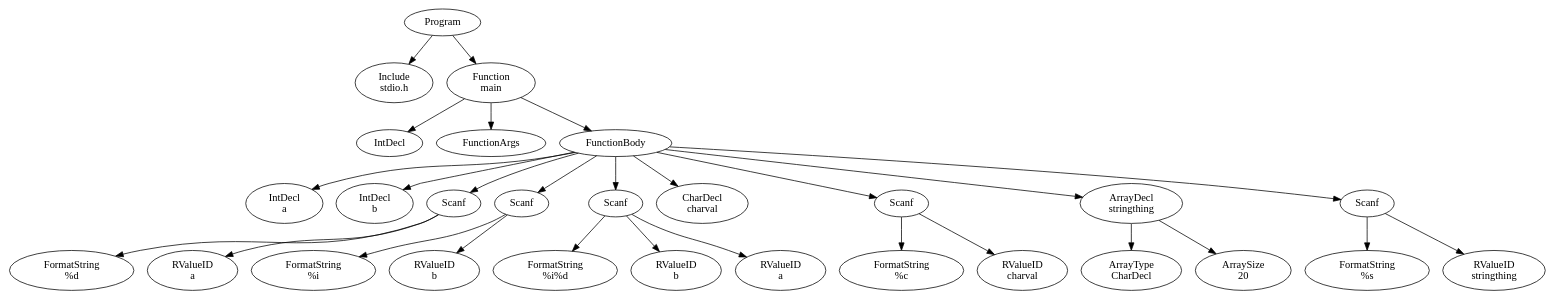
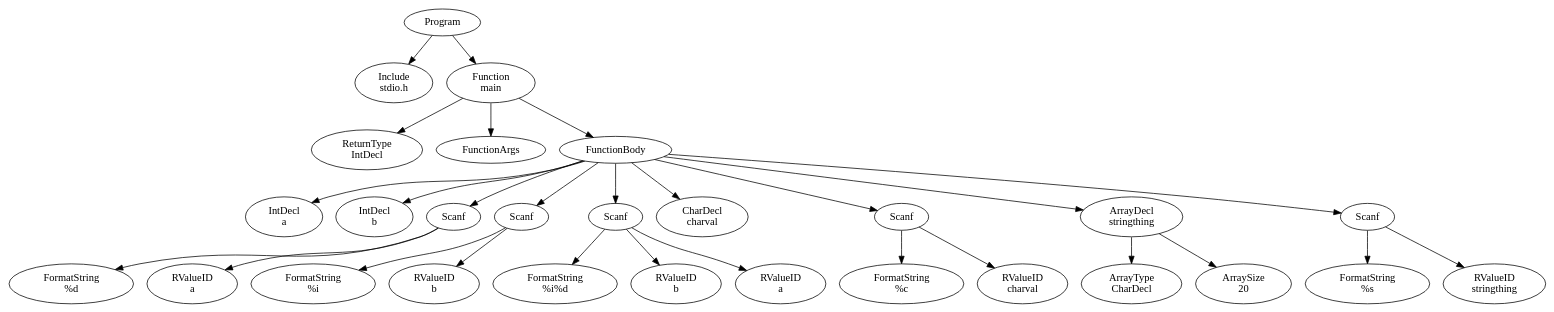
One commit to FedericoQuin/Compilers changed the diagram in official/res/solutions/scanf.dot. Above: the diagram before and after it, drawn with Graphviz. The commit also changed 22 other files, not shown here.

```diff
--- a/official/res/solutions/scanf.dot
+++ b/official/res/solutions/scanf.dot
@@ -1,57 +1,57 @@
 digraph AST {
 2 [label="Program"];
 3 [label="Include \nstdio.h"];
 4 [label="Function \nmain"];
-5 [label="IntDecl"];
+5 [label="ReturnType \nIntDecl"];
 6 [label="FunctionArgs"];
 7 [label="FunctionBody"];
 8 [label="IntDecl \na"];
 9 [label="IntDecl \nb"];
 10 [label="Scanf"];
 11 [label="FormatString \n%d"];
 12 [label="RValueID \na"];
 10 -> 11;
 10 -> 12;
 13 [label="Scanf"];
 14 [label="FormatString \n%i"];
 15 [label="RValueID \nb"];
 13 -> 14;
 13 -> 15;
 16 [label="Scanf"];
 17 [label="FormatString \n%i%d"];
 18 [label="RValueID \nb"];
 19 [label="RValueID \na"];
 16 -> 17;
 16 -> 18;
 16 -> 19;
 20 [label="CharDecl \ncharval"];
 21 [label="Scanf"];
 22 [label="FormatString \n%c"];
 23 [label="RValueID \ncharval"];
 21 -> 22;
 21 -> 23;
 24 [label="ArrayDecl \nstringthing"];
 25 [label="ArrayType \nCharDecl"];
 26 [label="ArraySize \n20"];
 24 -> 25;
 24 -> 26;
 27 [label="Scanf"];
 28 [label="FormatString \n%s"];
 29 [label="RValueID \nstringthing"];
 27 -> 28;
 27 -> 29;
 7 -> 8;
 7 -> 9;
 7 -> 10;
 7 -> 13;
 7 -> 16;
 7 -> 20;
 7 -> 21;
 7 -> 24;
 7 -> 27;
 4 -> 5;
 4 -> 6;
 4 -> 7;
 2 -> 3;
 2 -> 4;
 }
```
